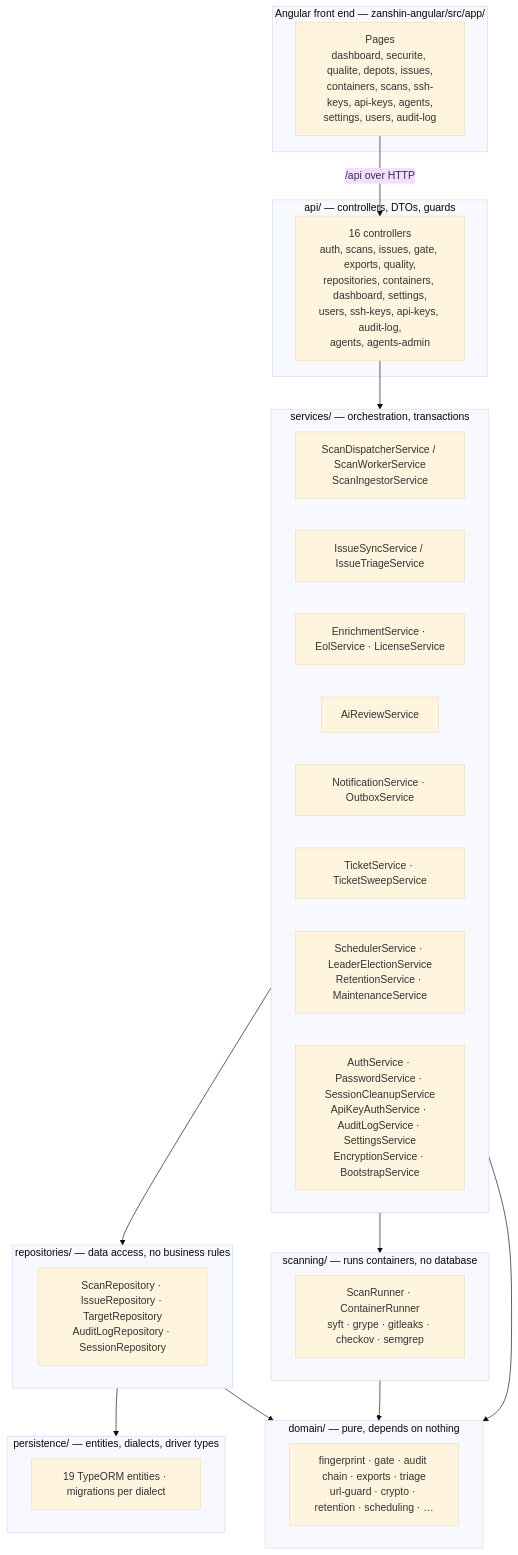
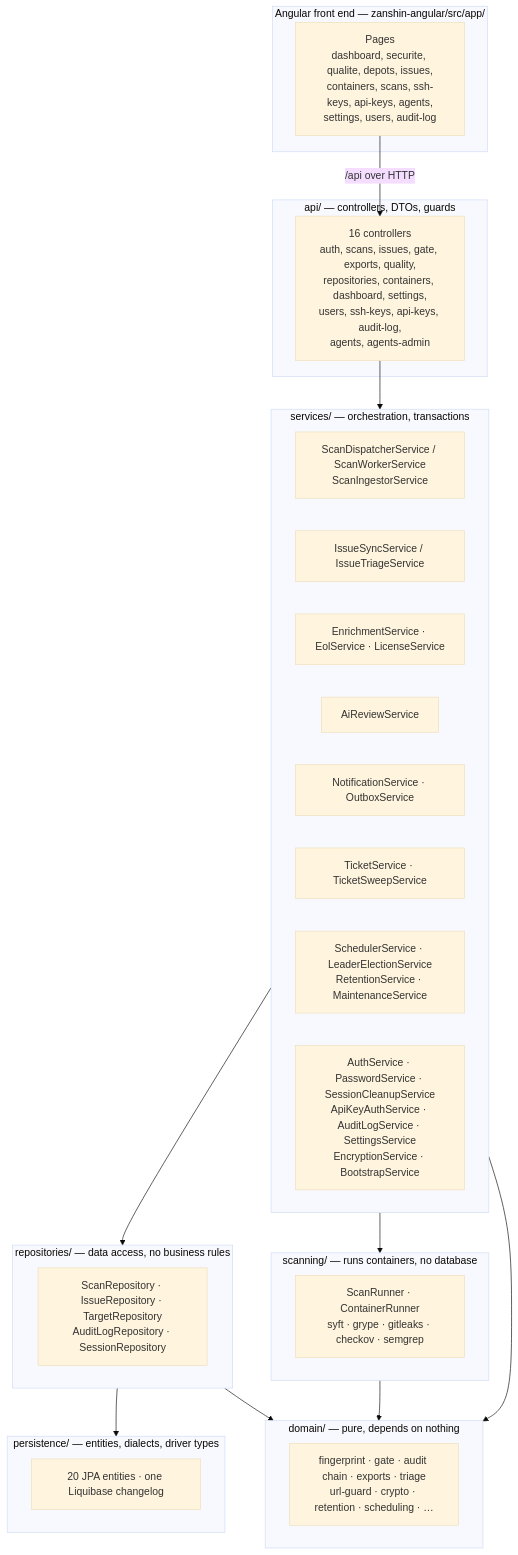
Before and after one commit to asmolabs/vectispire: the first of 3 diagrams in docs/TECHNICAL_DOCUMENTATION.md, drawn with Mermaid (base theme). The commit also changed other lines of this file and 269 other files, not shown here.

````diff
--- a/docs/TECHNICAL_DOCUMENTATION.md
+++ b/docs/TECHNICAL_DOCUMENTATION.md
@@ -13,46 +14,46 @@
 ```mermaid
 flowchart TB
     subgraph front["Angular front end — zanshin-angular/src/app/"]
         Pages["Pages<br/>dashboard, securite, qualite, depots, issues,<br/>containers, scans, ssh-keys, api-keys, agents,<br/>settings, users, audit-log"]
     end
 
     subgraph api["api/ — controllers, DTOs, guards"]
         Routes["16 controllers<br/>auth, scans, issues, gate, exports, quality,<br/>repositories, containers, dashboard, settings,<br/>users, ssh-keys, api-keys, audit-log,<br/>agents, agents-admin"]
     end
 
     subgraph services["services/ — orchestration, transactions"]
         Scan["ScanDispatcherService / ScanWorkerService<br/>ScanIngestorService"]
         Issue["IssueSyncService / IssueTriageService"]
         Enrich["EnrichmentService · EolService · LicenseService"]
         Ai["AiReviewService"]
         Notify["NotificationService · OutboxService"]
         Ticket["TicketService · TicketSweepService"]
         Ops["SchedulerService · LeaderElectionService<br/>RetentionService · MaintenanceService"]
         Auth["AuthService · PasswordService · SessionCleanupService<br/>ApiKeyAuthService · AuditLogService · SettingsService<br/>EncryptionService · BootstrapService"]
     end
 
     subgraph repos["repositories/ — data access, no business rules"]
         R["ScanRepository · IssueRepository · TargetRepository<br/>AuditLogRepository · SessionRepository"]
     end
 
     subgraph persistence["persistence/ — entities, dialects, driver types"]
-        Ent["19 TypeORM entities · migrations per dialect"]
+        Ent["20 JPA entities · one Liquibase changelog"]
     end
 
     subgraph domain["domain/ — pure, depends on nothing"]
         D["fingerprint · gate · audit chain · exports · triage<br/>url-guard · crypto · retention · scheduling · …"]
     end
 
     subgraph scanning["scanning/ — runs containers, no database"]
         S["ScanRunner · ContainerRunner<br/>syft · grype · gitleaks · checkov · semgrep"]
     end
 
     Pages -->|"/api over HTTP"| Routes
     Routes --> services
     services --> repos
     repos --> persistence
     services --> scanning
     services --> domain
     repos --> domain
     scanning --> domain
 ```
````
